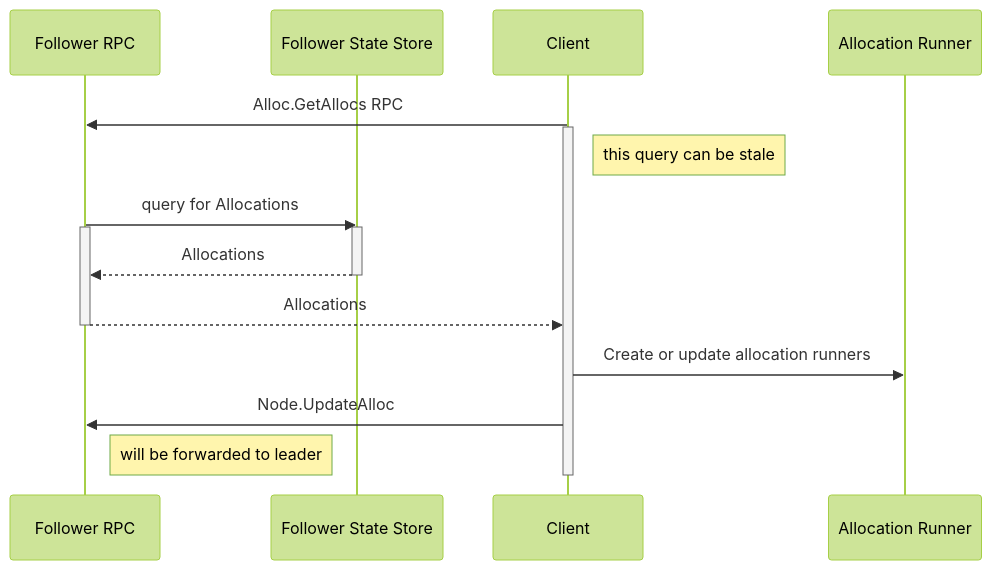
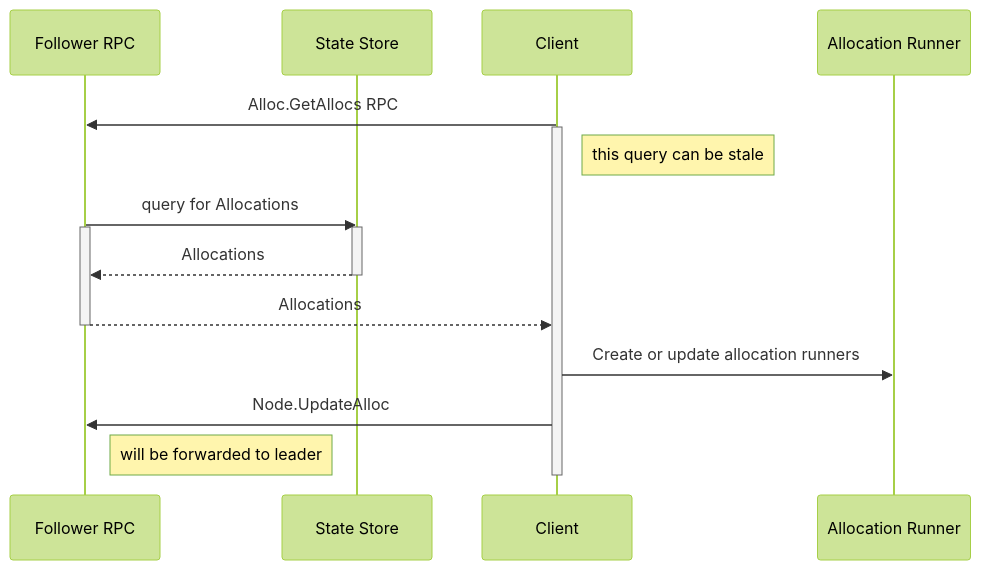
One commit to hashicorp/nomad changed the fourth of 4 diagrams in contributing/architecture-eval-lifecycle.md. Above: the diagram before and after it, drawn with Mermaid (forest theme). The commit also changed other lines of this file, not shown here.

Commit message:
make state store atomic

````diff
--- a/contributing/architecture-eval-lifecycle.md
+++ b/contributing/architecture-eval-lifecycle.md
@@ -322,29 +310,29 @@
 ```mermaid
 sequenceDiagram
 
     participant followerRpc as Follower RPC
-    participant followerFSM as Follower State Store
+    participant stateStore as State Store
 
     participant client as Client
     participant allocrunner as Allocation Runner
 
     client ->> followerRpc: Alloc.GetAllocs RPC
     activate client
 
     Note right of client: this query can be stale
 
-    followerRpc ->> followerFSM: query for Allocations
+    followerRpc ->> stateStore: query for Allocations
     activate followerRpc
-    activate followerFSM
-    followerFSM -->> followerRpc: Allocations
-    deactivate followerFSM
+    activate stateStore
+    stateStore -->> followerRpc: Allocations
+    deactivate stateStore
     followerRpc -->> client: Allocations
     deactivate followerRpc
 
     client ->> allocrunner: Create or update allocation runners
 
     client ->> followerRpc: Node.UpdateAlloc
     Note right of followerRpc: will be forwarded to leader
 
     deactivate client
 ```
````
